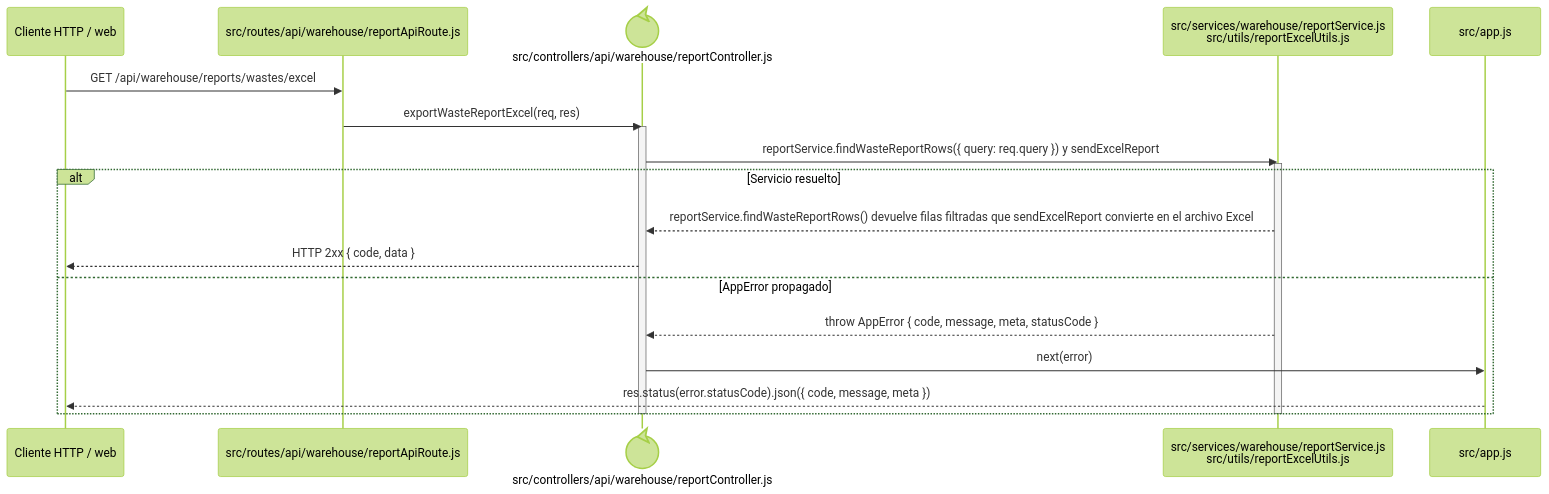
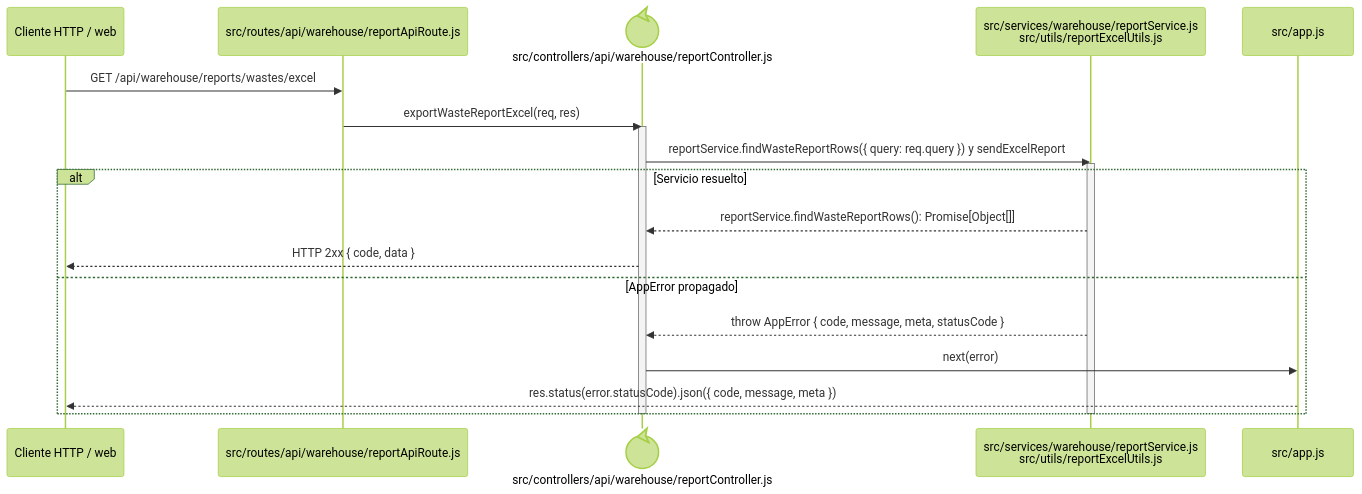
One commit to gpgsistemas01/nexus changed the diagram in docs/architecture/backend-code-sequences/catalogs/cu-alm-14.md. Above: the diagram before and after it, drawn with Mermaid (forest theme). The commit also changed 146 other files, not shown here.

````diff
--- a/docs/architecture/backend-code-sequences/catalogs/cu-alm-14.md
+++ b/docs/architecture/backend-code-sequences/catalogs/cu-alm-14.md
@@ -6,24 +6,24 @@
 ```mermaid
 sequenceDiagram
     participant Client as Cliente HTTP / web
     participant Route as src/routes/api/warehouse/reportApiRoute.js
     participant Controller@{ "type": "control" } as src/controllers/api/warehouse/reportController.js
     participant Domain as src/services/warehouse/reportService.js<br/>src/utils/reportExcelUtils.js
     participant ErrorHandler as src/app.js
 
     Client->>Route: GET /api/warehouse/reports/wastes/excel
     Route->>Controller: exportWasteReportExcel(req, res)
     activate Controller
     Controller->>Domain: reportService.findWasteReportRows({ query: req.query }) y sendExcelReport
     activate Domain
     alt Servicio resuelto
-        Domain-->>Controller: reportService.findWasteReportRows() devuelve filas filtradas que sendExcelReport convierte en el archivo Excel
+        Domain-->>Controller: reportService.findWasteReportRows(): Promise[Object[]]
         Controller-->>Client: HTTP 2xx { code, data }
     else AppError propagado
         Domain-->>Controller: throw AppError { code, message, meta, statusCode }
         Controller->>ErrorHandler: next(error)
         ErrorHandler-->>Client: res.status(error.statusCode).json({ code, message, meta })
     end
     deactivate Domain
     deactivate Controller
 ```
````
